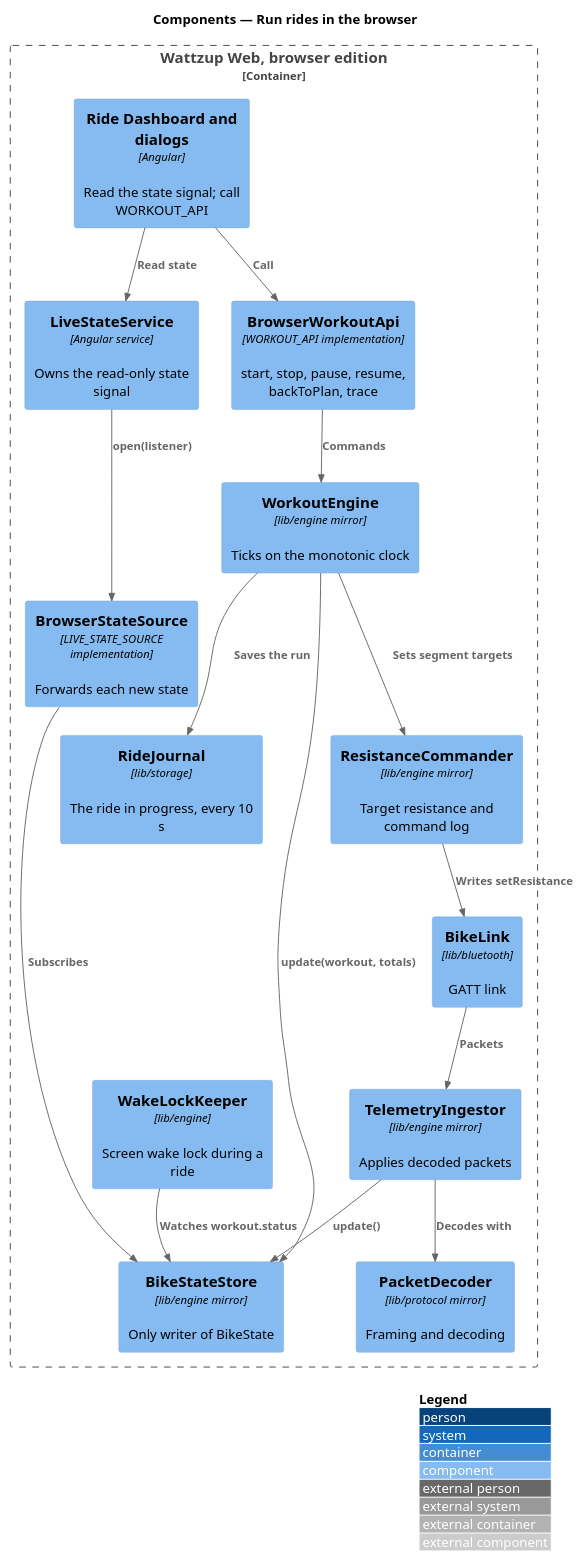
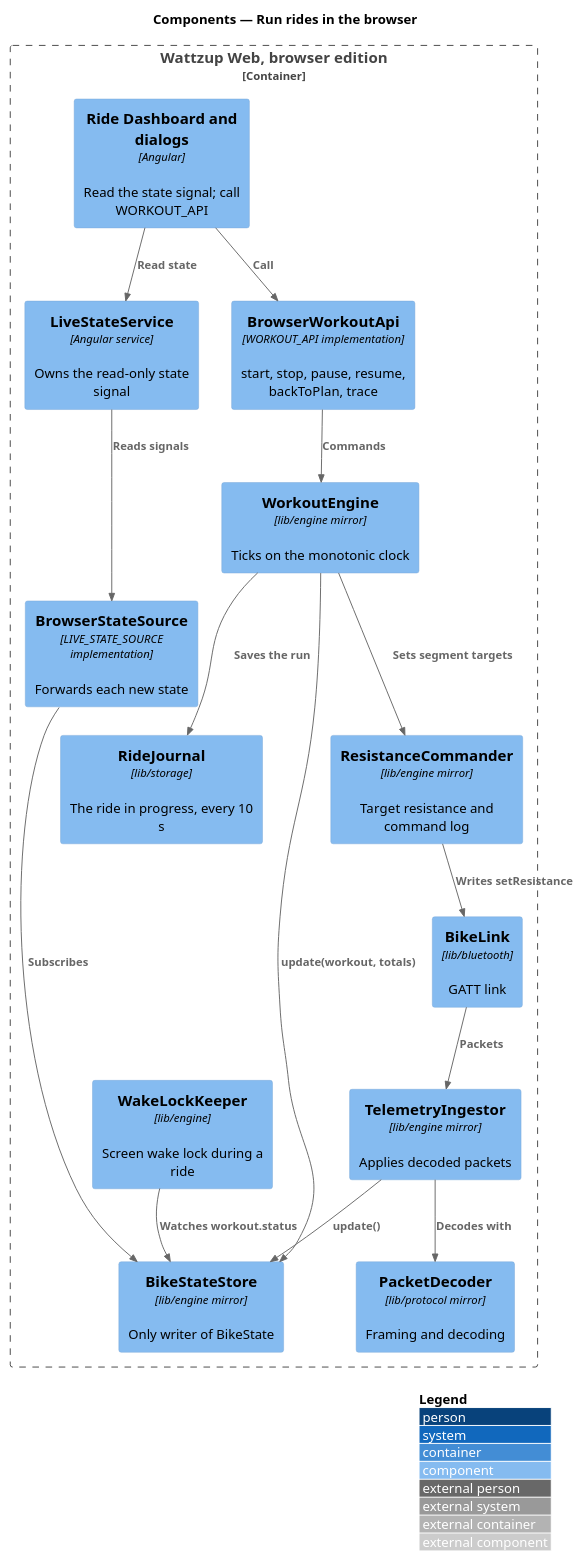
Before and after one commit to QuinntyneBrown/ride-one: the diagram in docs/detailed-designs/browser-edition/run-rides-in-browser/diagrams/c4-component.puml, drawn with PlantUML. The commit also changed 31 other files, not shown here.

```diff
--- a/docs/detailed-designs/browser-edition/run-rides-in-browser/diagrams/c4-component.puml
+++ b/docs/detailed-designs/browser-edition/run-rides-in-browser/diagrams/c4-component.puml
@@ -1,33 +1,33 @@
 @startuml
 !include <C4/C4_Component>
 LAYOUT_WITH_LEGEND()
 title Components — Run rides in the browser
 
 Container_Boundary(app, "Wattzup Web, browser edition") {
   Component(pages, "Ride Dashboard and dialogs", "Angular", "Read the state signal; call WORKOUT_API")
   Component(live, "LiveStateService", "Angular service", "Owns the read-only state signal")
   Component(wapi, "BrowserWorkoutApi", "WORKOUT_API implementation", "start, stop, pause, resume, backToPlan, trace")
   Component(src, "BrowserStateSource", "LIVE_STATE_SOURCE implementation", "Forwards each new state")
   Component(link, "BikeLink", "lib/bluetooth", "GATT link")
   Component(decoder, "PacketDecoder", "lib/protocol mirror", "Framing and decoding")
   Component(ingest, "TelemetryIngestor", "lib/engine mirror", "Applies decoded packets")
   Component(store, "BikeStateStore", "lib/engine mirror", "Only writer of BikeState")
   Component(engine, "WorkoutEngine", "lib/engine mirror", "Ticks on the monotonic clock")
   Component(cmd, "ResistanceCommander", "lib/engine mirror", "Target resistance and command log")
   Component(journal, "RideJournal", "lib/storage", "The ride in progress, every 10 s")
   Component(wake, "WakeLockKeeper", "lib/engine", "Screen wake lock during a ride")
 }
 Rel(pages, live, "Read state")
 Rel(pages, wapi, "Call")
-Rel(live, src, "open(listener)")
+Rel(live, src, "Reads signals")
 Rel(src, store, "Subscribes")
 Rel(link, ingest, "Packets")
 Rel(ingest, decoder, "Decodes with")
 Rel(ingest, store, "update()")
 Rel(wapi, engine, "Commands")
 Rel(engine, cmd, "Sets segment targets")
 Rel(cmd, link, "Writes setResistance")
 Rel(engine, store, "update(workout, totals)")
 Rel(engine, journal, "Saves the run")
 Rel(wake, store, "Watches workout.status")
 @enduml
```
